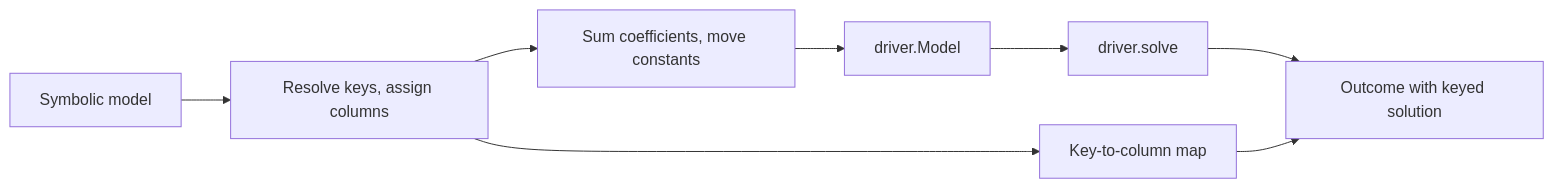
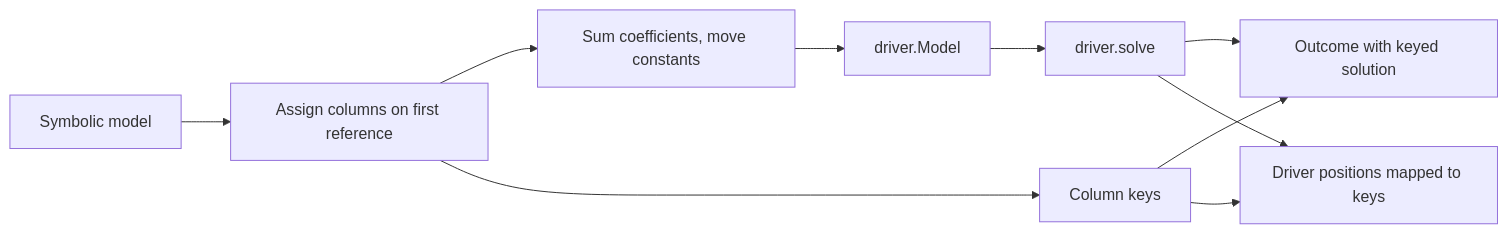
Before and after one commit to heinosoo/vahvel: the second of 2 diagrams in ARCHITECTURE.md, drawn with Mermaid. The commit also changed other lines of this file and 8 other files, not shown here.

````diff
--- a/ARCHITECTURE.md
+++ b/ARCHITECTURE.md
@@ -42,10 +44,12 @@
 ```mermaid
 flowchart LR
-  A[Symbolic model] --> B[Resolve keys, assign columns]
+  A[Symbolic model] --> B[Assign columns on first reference]
   B --> C[Sum coefficients, move constants]
   C --> D[driver.Model]
-  B --> E[Key-to-column map]
+  B --> E[Column keys]
   D --> F[driver.solve]
   F --> G[Outcome with keyed solution]
   E --> G
+  E --> H[Driver positions mapped to keys]
+  F --> H
 ```
````
